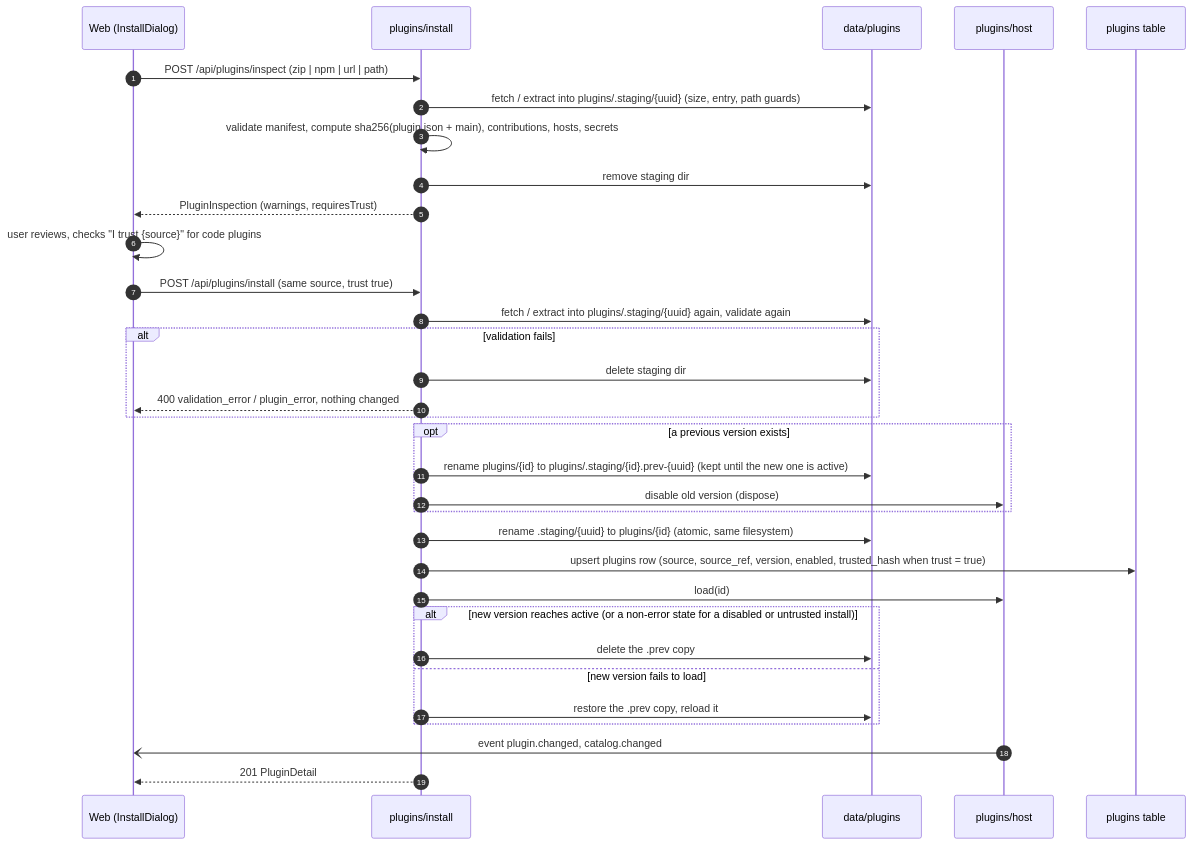
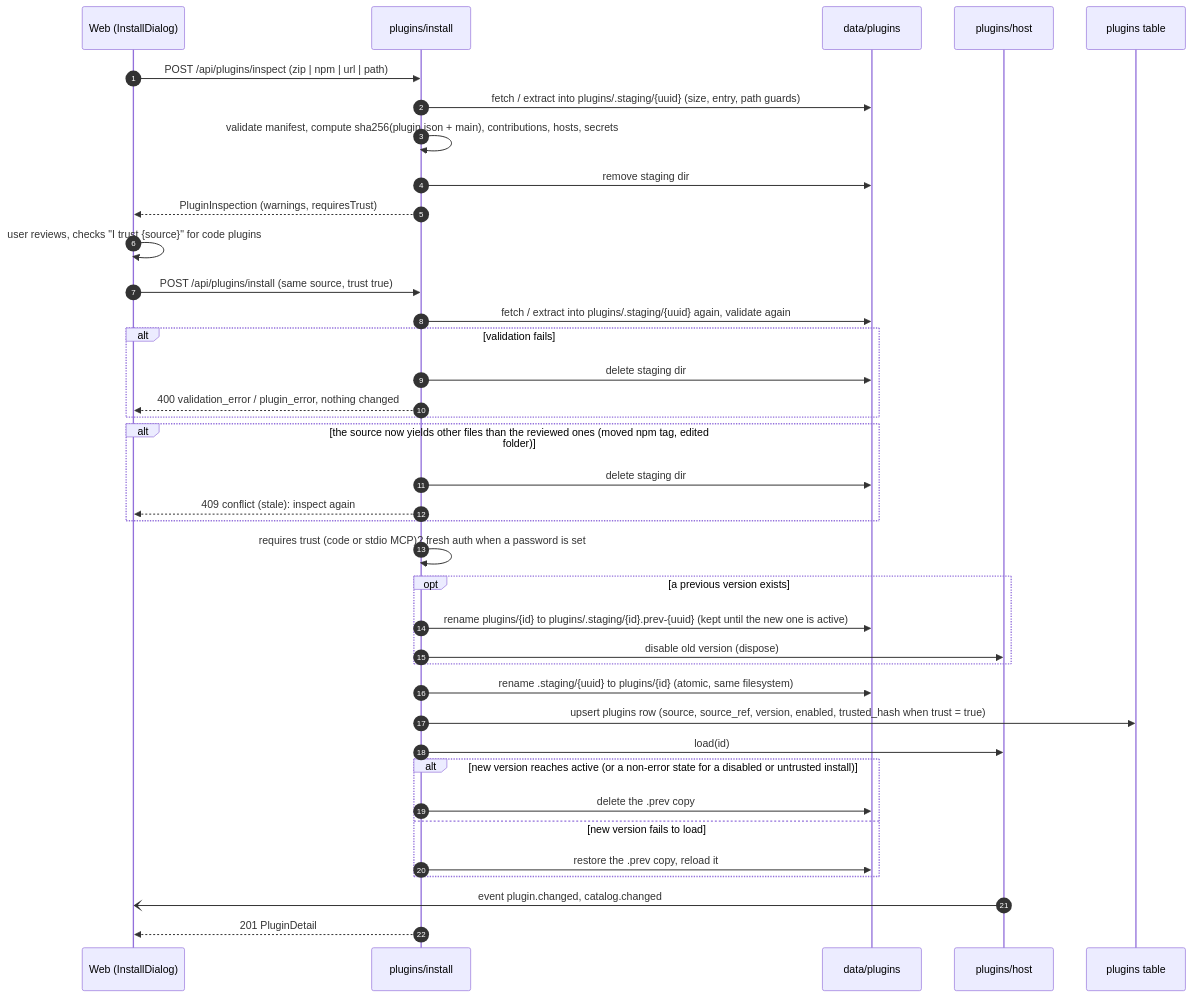
The seventh of 11 diagrams in docs/ARCHITECTURE.md (maksqi/harness-forge), drawn with Mermaid before and after one commit. The commit also changed other lines of this file and 193 other files, not shown here.

````diff
--- a/docs/ARCHITECTURE.md
+++ b/docs/ARCHITECTURE.md
@@ -431,35 +445,40 @@
 ```mermaid
 sequenceDiagram
   autonumber
   participant W as Web (InstallDialog)
   participant I as plugins/install
   participant FS as data/plugins
   participant H as plugins/host
   participant DB as plugins table
   W->>I: POST /api/plugins/inspect (zip | npm | url | path)
   I->>FS: fetch / extract into plugins/.staging/{uuid} (size, entry, path guards)
   I->>I: validate manifest, compute sha256(plugin.json + main), contributions, hosts, secrets
   I->>FS: remove staging dir
   I-->>W: PluginInspection (warnings, requiresTrust)
   W->>W: user reviews, checks "I trust {source}" for code plugins
   W->>I: POST /api/plugins/install (same source, trust true)
   I->>FS: fetch / extract into plugins/.staging/{uuid} again, validate again
   alt validation fails
     I->>FS: delete staging dir
     I-->>W: 400 validation_error / plugin_error, nothing changed
   end
+  alt the source now yields other files than the reviewed ones (moved npm tag, edited folder)
+    I->>FS: delete staging dir
+    I-->>W: 409 conflict (stale): inspect again
+  end
+  I->>I: requires trust (code or stdio MCP)? fresh auth when a password is set
   opt a previous version exists
     I->>FS: rename plugins/{id} to plugins/.staging/{id}.prev-{uuid} (kept until the new one is active)
     I->>H: disable old version (dispose)
   end
   I->>FS: rename .staging/{uuid} to plugins/{id} (atomic, same filesystem)
   I->>DB: upsert plugins row (source, source_ref, version, enabled, trusted_hash when trust = true)
   I->>H: load(id)
   alt new version reaches active (or a non-error state for a disabled or untrusted install)
     I->>FS: delete the .prev copy
   else new version fails to load
     I->>FS: restore the .prev copy, reload it
   end
   H-)W: event plugin.changed, catalog.changed
   I-->>W: 201 PluginDetail
 ```
````
